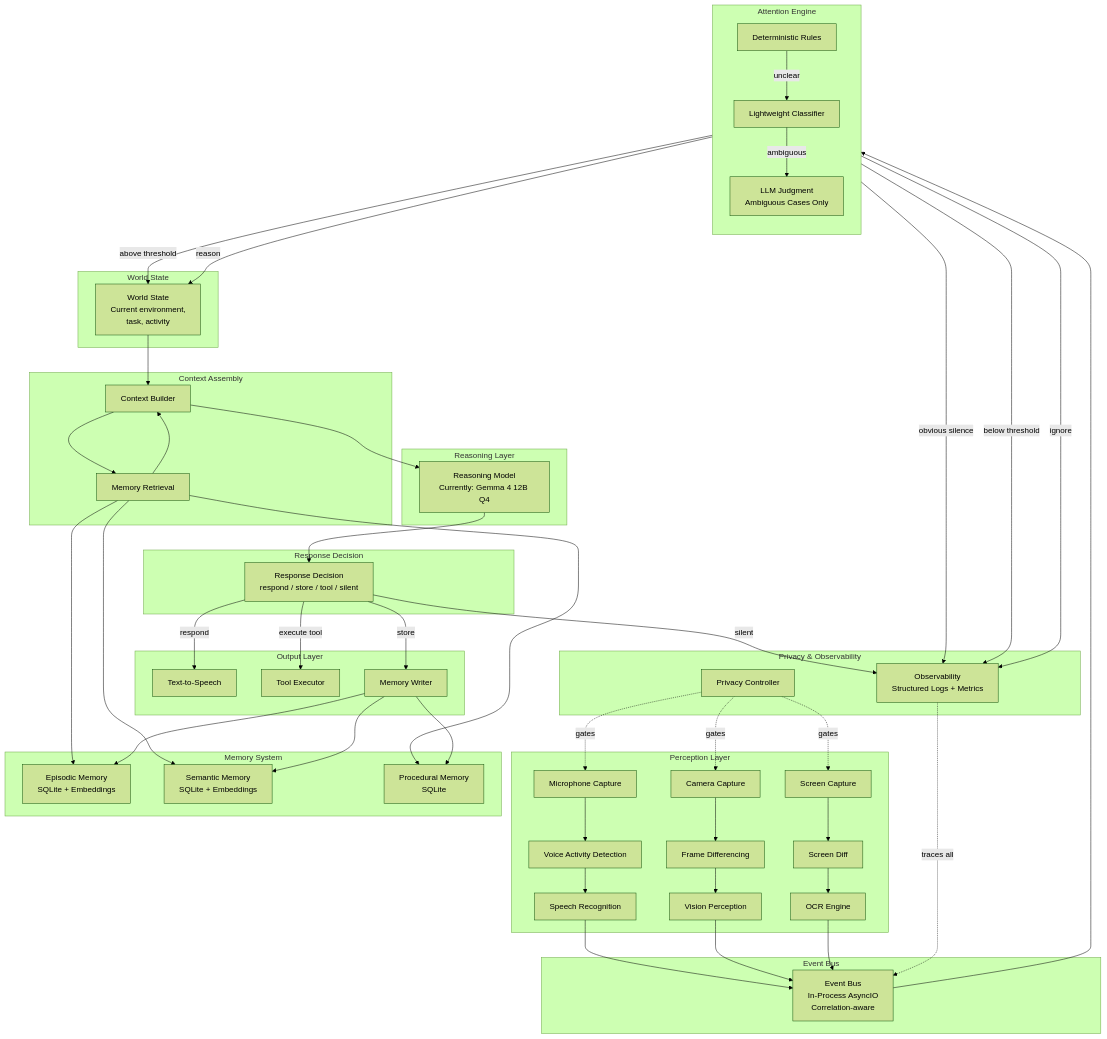
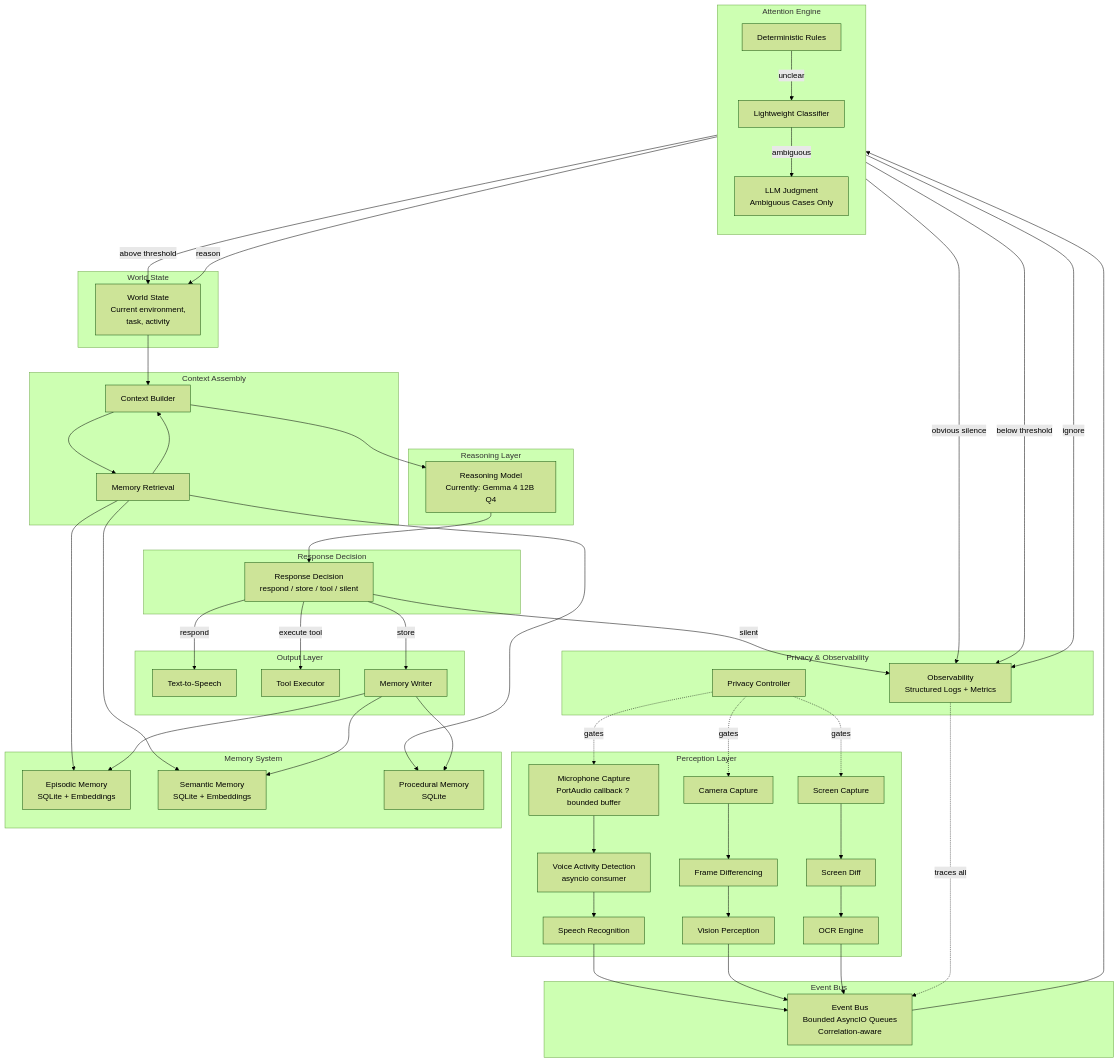
Before and after one commit to sandeep-sarma-24/jarvis: the first of 3 diagrams in docs/architecture/01-overview-and-diagrams.md, drawn with Mermaid (forest theme). The commit also changed other lines of this file and 3 other files, not shown here.

First line of the commit message:
Enhance architecture documentation for Phase 1 implementation

````diff
--- a/docs/architecture/01-overview-and-diagrams.md
+++ b/docs/architecture/01-overview-and-diagrams.md
@@ -47,10 +47,10 @@
 ```mermaid
 flowchart TB
     subgraph Perception["Perception Layer"]
-        MIC[Microphone Capture]
+        MIC[Microphone Capture<br/>PortAudio callback ? bounded buffer]
         CAM[Camera Capture]
         SCR[Screen Capture]
-        VAD[Voice Activity Detection]
+        VAD[Voice Activity Detection<br/>asyncio consumer]
         ASR[Speech Recognition]
         FD[Frame Differencing]
         VP[Vision Perception]
@@ -59,7 +59,7 @@
     end
 
     subgraph Events["Event Bus"]
-        EB[Event Bus<br/>In-Process AsyncIO<br/>Correlation-aware]
+        EB[Event Bus<br/>Bounded AsyncIO Queues<br/>Correlation-aware]
     end
 
     subgraph Attention["Attention Engine"]
````
